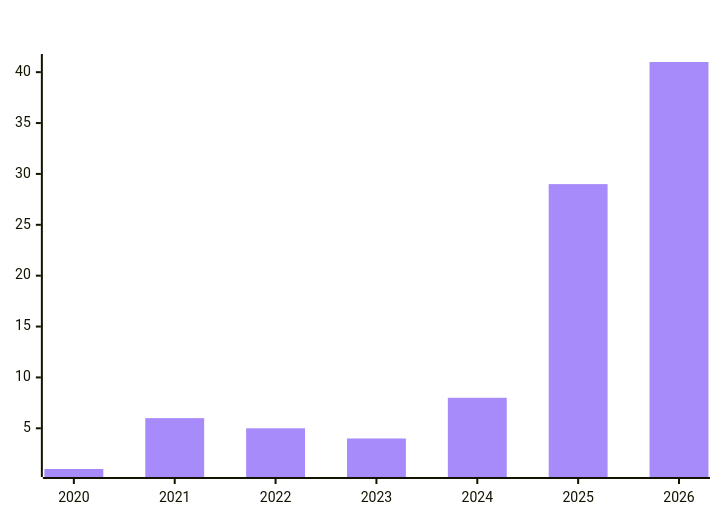
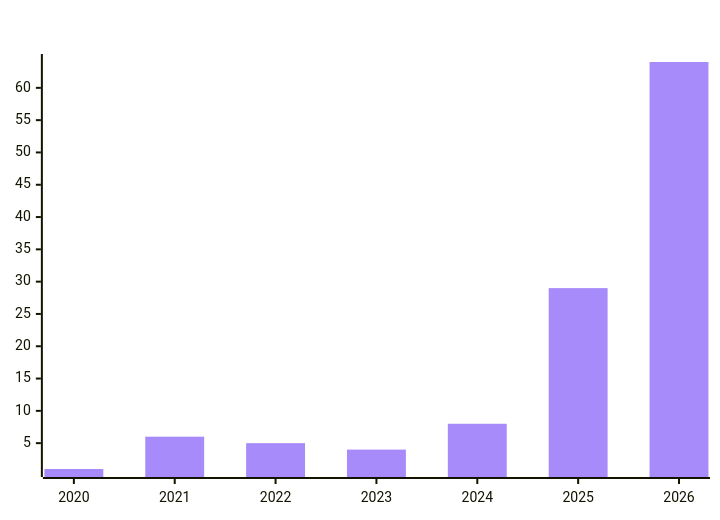
One commit to polo-nyan/polo-nyan changed the sixth of 7 diagrams in README.md. Above: the diagram before and after it, drawn with Mermaid. The commit also changed other lines of this file and 1 other file, not shown here.

````diff
--- a/README.md
+++ b/README.md
@@ -387,7 +387,7 @@
 ```mermaid
 %%{init: {"xyChart": {"titleColor": "#ffffff", "xAxisLabelColor": "#ffffff", "yAxisLabelColor": "#ffffff"}, "themeVariables": {"xyChart": {"titleColor": "#ffffff", "plotColorPalette": "#a78bfa"}}}}%%
 xychart-beta
     title "Repos Created Per Year"
     x-axis ["2020", "2021", "2022", "2023", "2024", "2025", "2026"]
-    bar [1, 6, 5, 4, 8, 29, 41]
+    bar [1, 6, 5, 4, 8, 29, 64]
 ```
````
